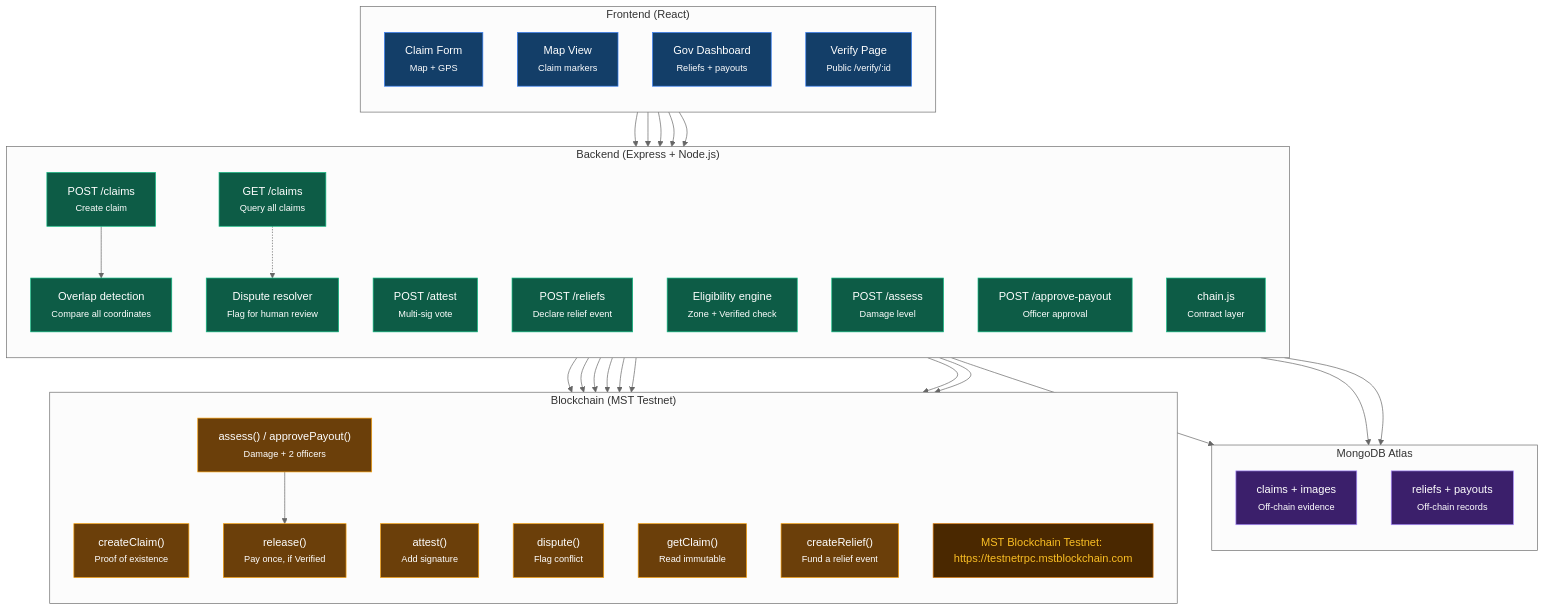
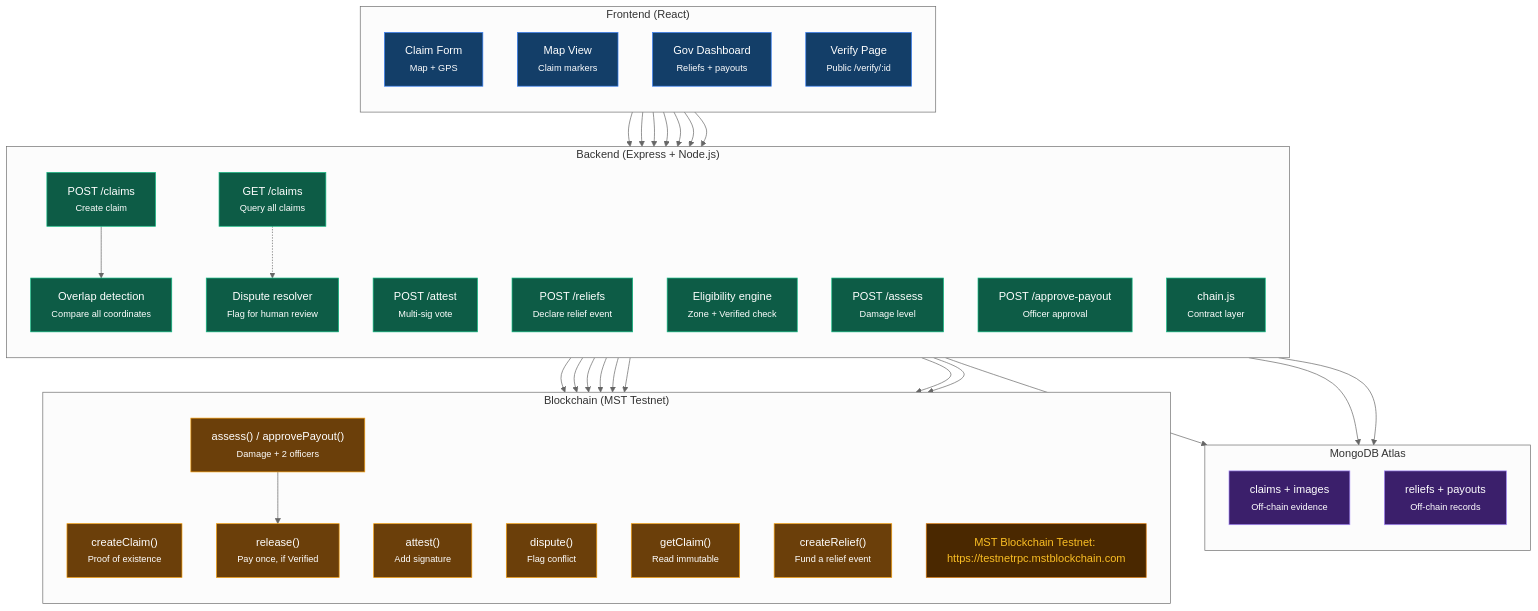
One commit to prathamshetty18/teamharmonybms changed the diagram in design.md. Above: the diagram before and after it, drawn with Mermaid (neutral theme). The commit also changed other lines of this file, not shown here.

````diff
--- a/design.md
+++ b/design.md
@@ -26,80 +34,78 @@
 ```mermaid
 flowchart TD
     subgraph Frontend["Frontend (React)"]
         direction TB
         CF["Claim Form<br/><small>Map + GPS</small>"]
         MV["Map View<br/><small>Claim markers</small>"]
         GD["Gov Dashboard<br/><small>Reliefs + payouts</small>"]
         VP["Verify Page<br/><small>Public /verify/:id</small>"]
     end
 
     subgraph Backend["Backend (Express + Node.js)"]
         direction TB
         PC["POST /claims<br/><small>Create claim</small>"]
         PA["POST /attest<br/><small>Multi-sig vote</small>"]
         GC["GET /claims<br/><small>Query all claims</small>"]
         RL["POST /reliefs<br/><small>Declare relief event</small>"]
         EL["Eligibility engine<br/><small>Zone + Verified check</small>"]
         AS["POST /assess<br/><small>Damage level</small>"]
         AP["POST /approve-payout<br/><small>Officer approval</small>"]
         CJ["chain.js<br/><small>Contract layer</small>"]
         OD["Overlap detection<br/><small>Compare all coordinates</small>"]
         DR["Dispute resolver<br/><small>Flag for human review</small>"]
     end
 
     subgraph Mongo["MongoDB Atlas"]
         direction TB
         CL["claims + images<br/><small>Off-chain evidence</small>"]
         RP["reliefs + payouts<br/><small>Off-chain records</small>"]
     end
 
     subgraph Blockchain["Blockchain (MST Testnet)"]
         direction TB
         CC["createClaim()<br/><small>Proof of existence</small>"]
         AT["attest()<br/><small>Add signature</small>"]
         DP["dispute()<br/><small>Flag conflict</small>"]
         GT["getClaim()<br/><small>Read immutable</small>"]
         CR["createRelief()<br/><small>Fund a relief event</small>"]
         AC["assess() / approvePayout()<br/><small>Damage + 2 officers</small>"]
         RE["release()<br/><small>Pay once, if Verified</small>"]
         RPC["MST Blockchain Testnet: https://testnetrpc.mstblockchain.com"]
     end
 
-    %% Frontend to Backend Flows
     CF --> PC
     MV --> GC
     GD --> RL
+    GD --> EL
+    GD --> AS
     GD --> AP
     VP --> CJ
 
-    %% Backend processing and storage
     PC --> OD
     OD --> CC
     PC --> CL
     PA --> AT
     DR --> DP
     CJ --> GT
     GC -.-> DR
 
-    %% Relief flow
     RL --> CR
     RL --> RP
     EL --> GT
     EL --> RP
     AS --> AC
     AP --> AC
     AC --> RE
 
-    %% Styling to reflect architecture tiers
     classDef fe fill:#133e68,stroke:#3b82f6,stroke-width:1px,color:#ffffff;
     classDef be fill:#0d5c46,stroke:#10b981,stroke-width:1px,color:#ffffff;
     classDef db fill:#3b1f6b,stroke:#a78bfa,stroke-width:1px,color:#ffffff;
     classDef bc fill:#6b3f0a,stroke:#f59e0b,stroke-width:1px,color:#ffffff;
     classDef rpc fill:#4a2800,stroke:#d97706,stroke-width:1px,color:#fbbf24;
 
     class CF,MV,GD,VP fe;
     class PC,PA,GC,RL,EL,AS,AP,CJ,OD,DR be;
     class CL,RP db;
     class CC,AT,DP,GT,CR,AC,RE bc;
     class RPC rpc;
 ```
````
